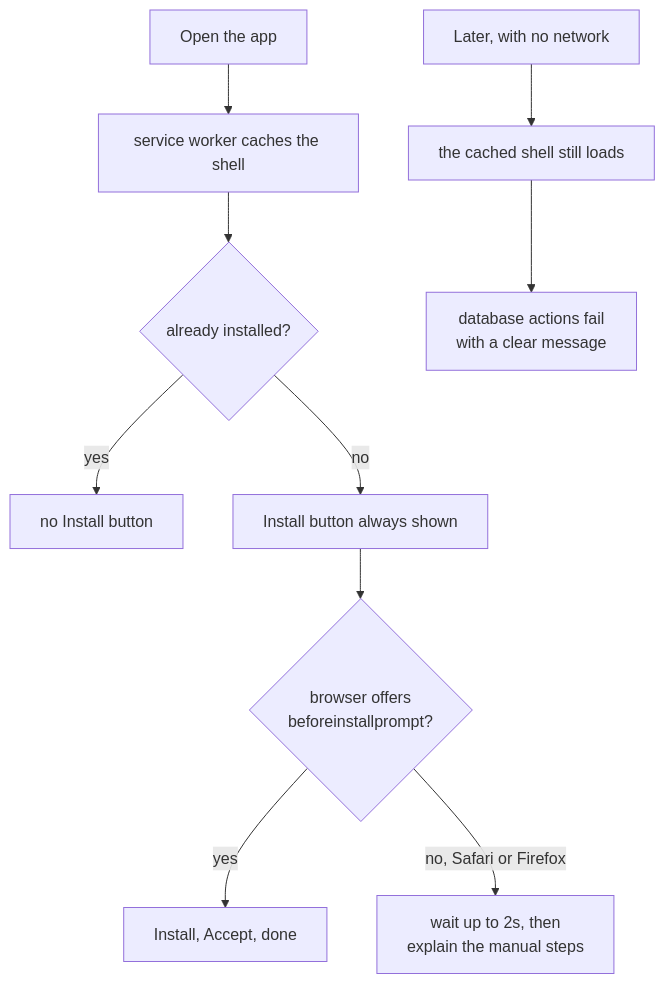
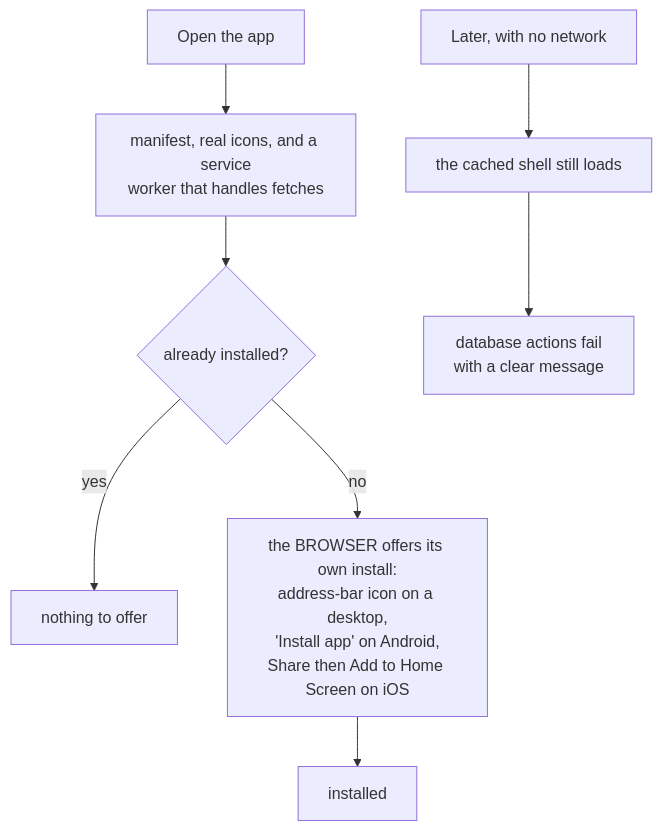
One commit to syasyaAlya/issueTrackers changed diagram 18 of 19 in docs/FLOWCHARTS.md. Above: the diagram before and after it, drawn with Mermaid. The commit also changed other lines of this file and 1 other file, not shown here.

First paragraph of the commit message:
Let the browser offer the install, and take the install button out
The install button showed a fallback dialog saying to look in the address bar
for an install icon - and the reason there was no icon is that the app itself
was cancelling the browser's install offer.

````diff
--- a/docs/FLOWCHARTS.md
+++ b/docs/FLOWCHARTS.md
@@ -387,13 +387,11 @@
 ```mermaid
 flowchart TD
-    A["Open the app"] --> B["service worker caches the shell"]
+    A["Open the app"] --> B["manifest, real icons, and a service<br/>worker that handles fetches"]
     B --> C{"already installed?"}
-    C -- "yes" --> D["no Install button"]
-    C -- "no" --> E["Install button always shown"]
-    E --> F{"browser offers<br/>beforeinstallprompt?"}
-    F -- "yes" --> G["Install, Accept, done"]
-    F -- "no, Safari or Firefox" --> H["wait up to 2s, then<br/>explain the manual steps"]
+    C -- "yes" --> D["nothing to offer"]
+    C -- "no" --> E["the BROWSER offers its own install:<br/>address-bar icon on a desktop,<br/>'Install app' on Android,<br/>Share then Add to Home Screen on iOS"]
+    E --> F["installed"]
 
-    I["Later, with no network"] --> J["the cached shell still loads"]
-    J --> K["database actions fail<br/>with a clear message"]
+    G["Later, with no network"] --> H["the cached shell still loads"]
+    H --> I["database actions fail<br/>with a clear message"]
 ```
````
